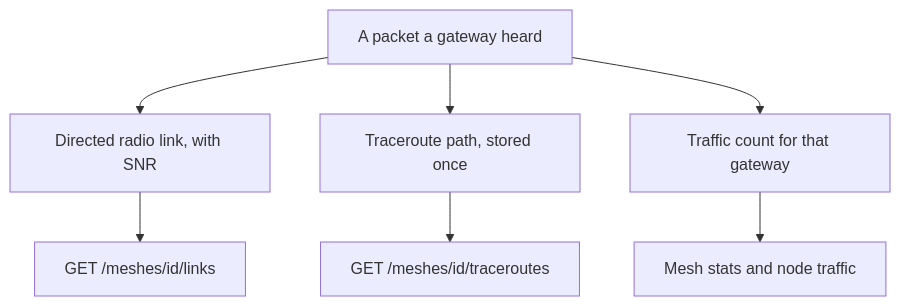
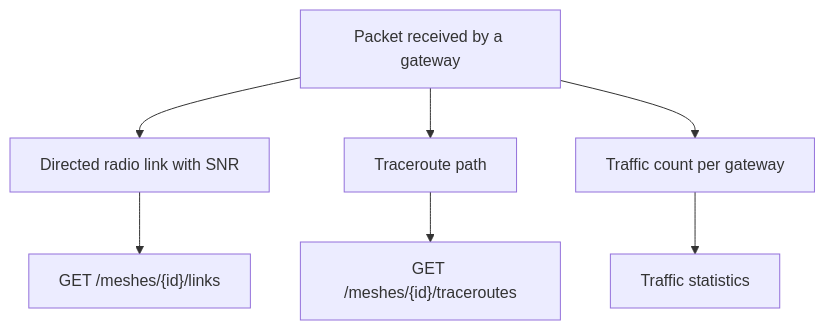
The diagram in apps/web/content/docs/en/network.mdx (sensical-coop/mesh-things-apps), drawn with Mermaid before and after one commit. The commit also changed other lines of this file and 27 other files, not shown here.

````diff
--- a/apps/web/content/docs/en/network.mdx
+++ b/apps/web/content/docs/en/network.mdx
@@ -10,9 +10,9 @@
 ```mermaid
 flowchart TD
-  packet["A packet a gateway heard"] --> link["Directed radio link, with SNR"]
-  packet --> trace["Traceroute path, stored once"]
-  packet --> count["Traffic count for that gateway"]
-  link --> linksApi["GET /meshes/id/links"]
-  trace --> traceApi["GET /meshes/id/traceroutes"]
-  count --> statsApi["Mesh stats and node traffic"]
+  packet["Packet received by a gateway"] --> link["Directed radio link with SNR"]
+  packet --> trace["Traceroute path"]
+  packet --> count["Traffic count per gateway"]
+  link --> linksApi["GET /meshes/{id}/links"]
+  trace --> traceApi["GET /meshes/{id}/traceroutes"]
+  count --> statsApi["Traffic statistics"]
 ```
````
